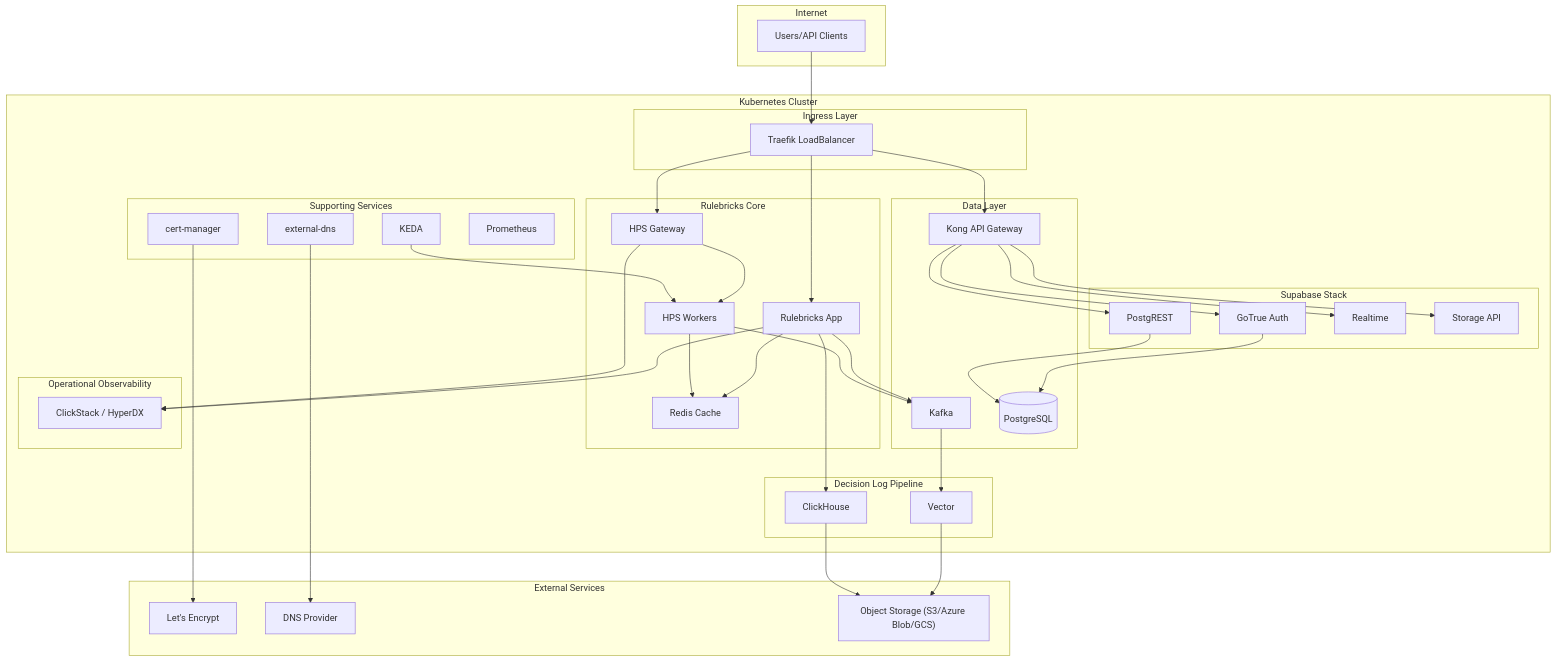
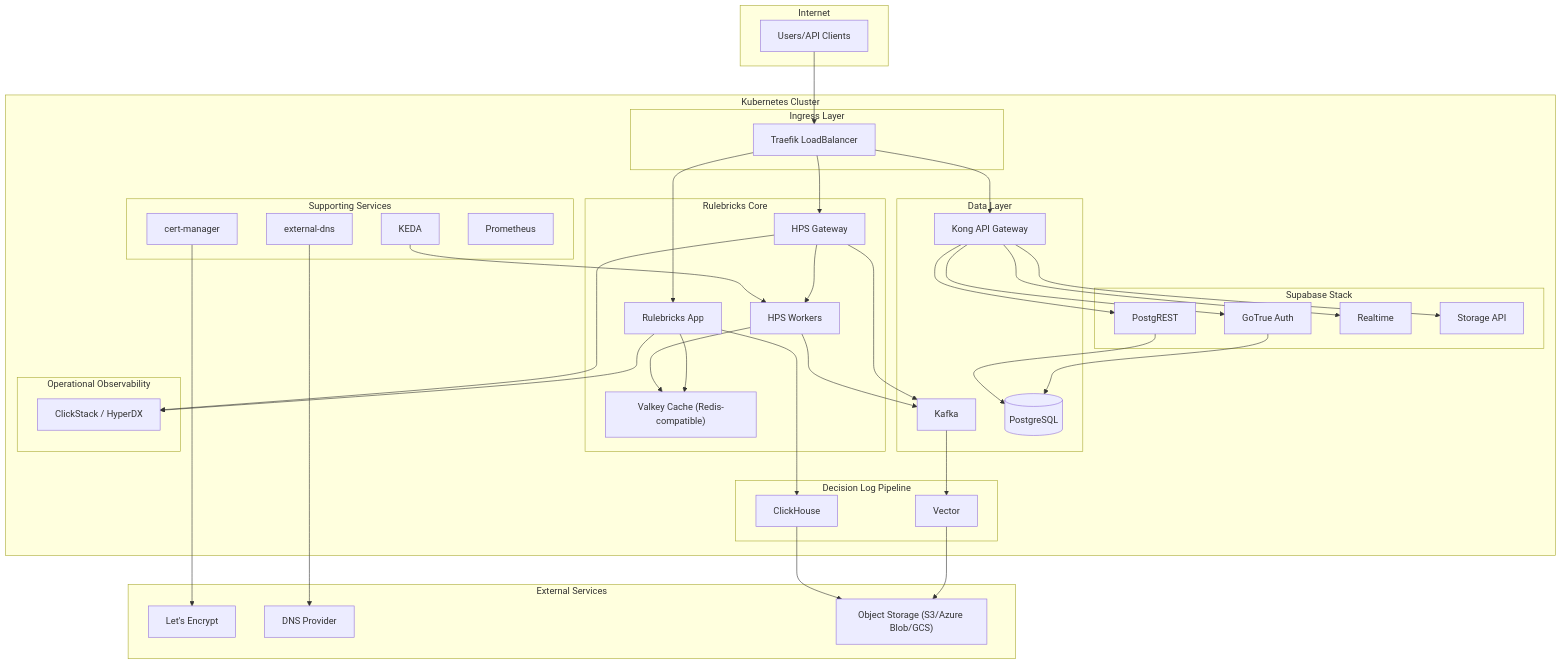
Before and after one commit to rulebricks/docs: the first of 4 diagrams in pages/private-deployment/architecture.mdx, drawn with Mermaid. The commit also changed other lines of this file and 12 other files, not shown here.

```diff
--- a/pages/private-deployment/architecture.mdx
+++ b/pages/private-deployment/architecture.mdx
@@ -25,7 +25,7 @@
             App[Rulebricks App]
             HPS[HPS Gateway]
             Workers[HPS Workers]
-            Redis[Redis Cache]
+            Redis["Valkey Cache (Redis-compatible)"]
         end
 
         subgraph Data["Data Layer"]
@@ -70,7 +70,7 @@
     Traefik --> Kong
 
     App --> Redis
-    App --> Kafka
+    HPS --> Kafka
     HPS --> Workers
     Workers --> Kafka
     Workers --> Redis
```
